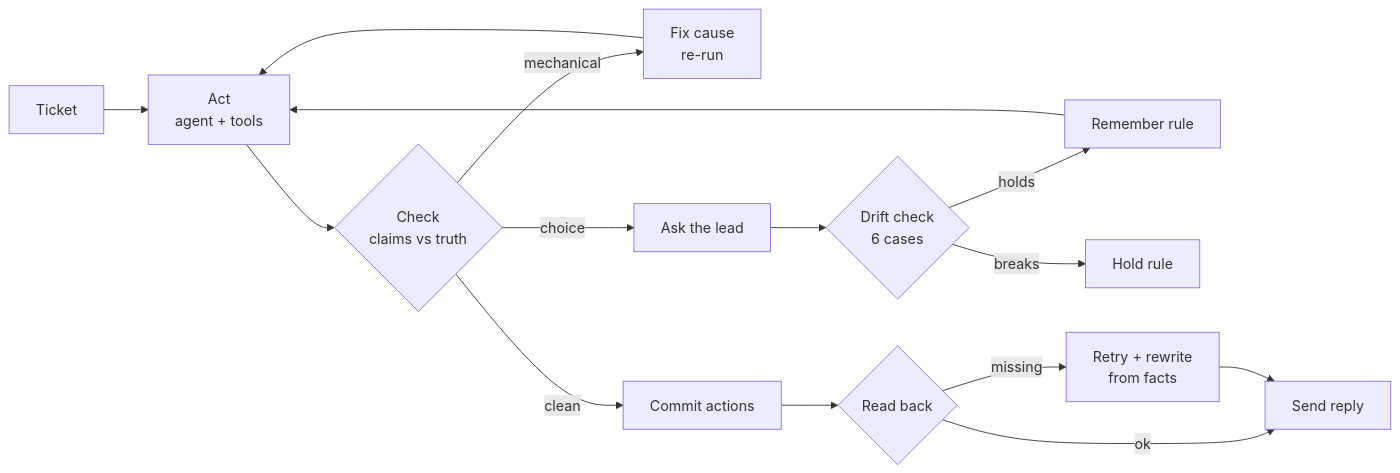
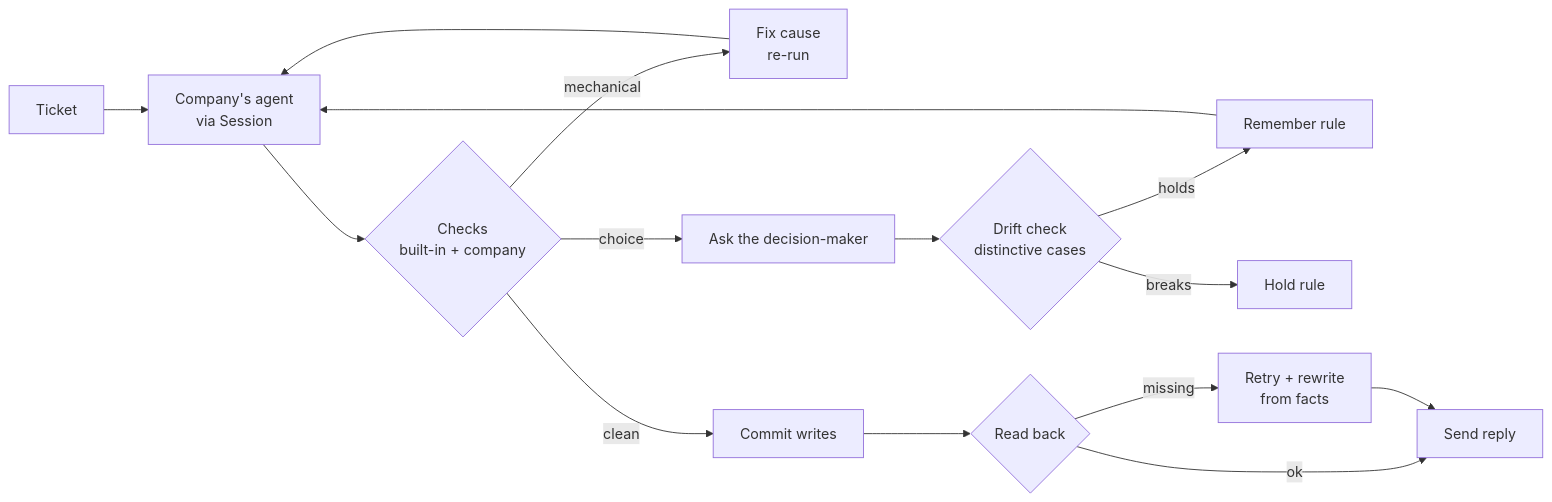
The diagram in README.md (Saber1Y/Once), drawn with Mermaid before and after one commit. The commit also changed other lines of this file, not shown here.

````diff
--- a/README.md
+++ b/README.md
@@ -136,17 +166,17 @@
 ```mermaid
 flowchart LR
-    T[Ticket] --> A[Act<br/>agent + tools]
-    A --> C{Check<br/>claims vs truth}
+    T[Ticket] --> A[Company's agent<br/>via Session]
+    A --> C{Checks<br/>built-in + company}
     C -- mechanical --> F[Fix cause<br/>re-run]
     F --> A
-    C -- choice --> Q[Ask the lead]
-    Q --> D{Drift check<br/>6 cases}
+    C -- choice --> Q[Ask the decision-maker]
+    Q --> D{Drift check<br/>distinctive cases}
     D -- holds --> M[Remember rule]
     D -- breaks --> H[Hold rule]
     M --> A
-    C -- clean --> K[Commit actions]
+    C -- clean --> K[Commit writes]
     K --> V{Read back}
     V -- missing --> R[Retry + rewrite<br/>from facts]
     V -- ok --> S[Send reply]
     R --> S
 ```
````
